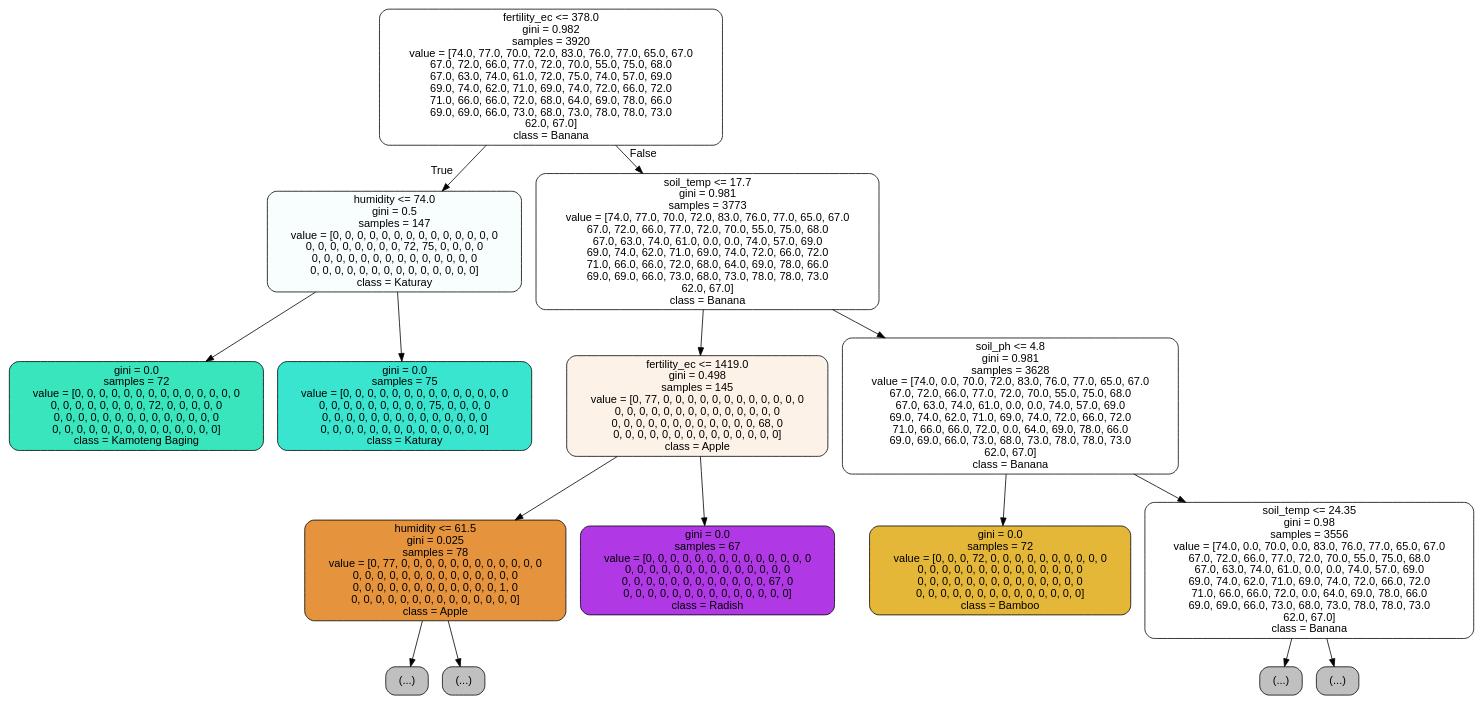
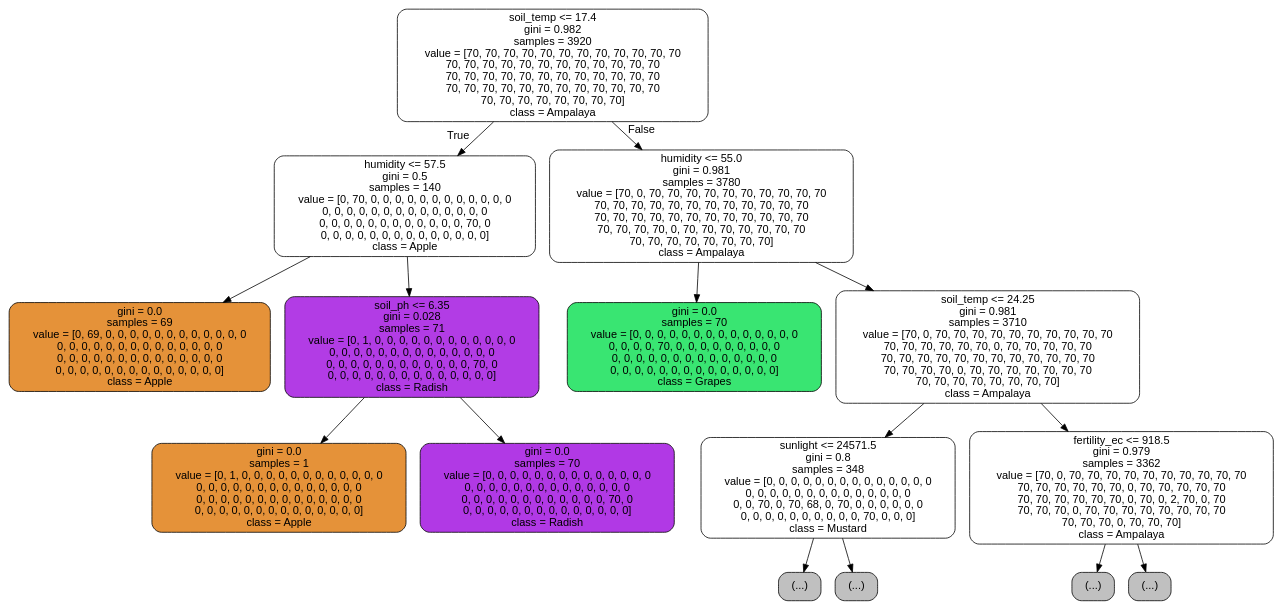
The diagram in precomputation/decision_tree.dot (CyrusUmali/AiCROP), drawn with Graphviz before and after one commit. The commit also changed 14 other files, not shown here.

```diff
--- a/precomputation/decision_tree.dot
+++ b/precomputation/decision_tree.dot
@@ -1,33 +1,33 @@
 digraph Tree {
 node [shape=box, style="filled, rounded", color="black", fontname="helvetica"] ;
 edge [fontname="helvetica"] ;
-0 [label="fertility_ec <= 378.0\ngini = 0.982\nsamples = 3920\nvalue = [74.0, 77.0, 70.0, 72.0, 83.0, 76.0, 77.0, 65.0, 67.0\n67.0, 72.0, 66.0, 77.0, 72.0, 70.0, 55.0, 75.0, 68.0\n67.0, 63.0, 74.0, 61.0, 72.0, 75.0, 74.0, 57.0, 69.0\n69.0, 74.0, 62.0, 71.0, 69.0, 74.0, 72.0, 66.0, 72.0\n71.0, 66.0, 66.0, 72.0, 68.0, 64.0, 69.0, 78.0, 66.0\n69.0, 69.0, 66.0, 73.0, 68.0, 73.0, 78.0, 78.0, 73.0\n62.0, 67.0]\nclass = Banana", fillcolor="#ffffff"] ;
-1 [label="humidity <= 74.0\ngini = 0.5\nsamples = 147\nvalue = [0, 0, 0, 0, 0, 0, 0, 0, 0, 0, 0, 0, 0, 0\n0, 0, 0, 0, 0, 0, 0, 0, 72, 75, 0, 0, 0, 0\n0, 0, 0, 0, 0, 0, 0, 0, 0, 0, 0, 0, 0, 0\n0, 0, 0, 0, 0, 0, 0, 0, 0, 0, 0, 0, 0, 0]\nclass = Katuray", fillcolor="#f7fefd"] ;
+0 [label="soil_temp <= 17.4\ngini = 0.982\nsamples = 3920\nvalue = [70, 70, 70, 70, 70, 70, 70, 70, 70, 70, 70, 70\n70, 70, 70, 70, 70, 70, 70, 70, 70, 70, 70, 70\n70, 70, 70, 70, 70, 70, 70, 70, 70, 70, 70, 70\n70, 70, 70, 70, 70, 70, 70, 70, 70, 70, 70, 70\n70, 70, 70, 70, 70, 70, 70, 70]\nclass = Ampalaya", fillcolor="#ffffff"] ;
+1 [label="humidity <= 57.5\ngini = 0.5\nsamples = 140\nvalue = [0, 70, 0, 0, 0, 0, 0, 0, 0, 0, 0, 0, 0, 0\n0, 0, 0, 0, 0, 0, 0, 0, 0, 0, 0, 0, 0, 0\n0, 0, 0, 0, 0, 0, 0, 0, 0, 0, 0, 0, 70, 0\n0, 0, 0, 0, 0, 0, 0, 0, 0, 0, 0, 0, 0, 0]\nclass = Apple", fillcolor="#ffffff"] ;
 0 -> 1 [labeldistance=2.5, labelangle=45, headlabel="True"] ;
-2 [label="gini = 0.0\nsamples = 72\nvalue = [0, 0, 0, 0, 0, 0, 0, 0, 0, 0, 0, 0, 0, 0\n0, 0, 0, 0, 0, 0, 0, 0, 72, 0, 0, 0, 0, 0\n0, 0, 0, 0, 0, 0, 0, 0, 0, 0, 0, 0, 0, 0\n0, 0, 0, 0, 0, 0, 0, 0, 0, 0, 0, 0, 0, 0]\nclass = Kamoteng Baging", fillcolor="#39e5bd"] ;
+2 [label="gini = 0.0\nsamples = 69\nvalue = [0, 69, 0, 0, 0, 0, 0, 0, 0, 0, 0, 0, 0, 0\n0, 0, 0, 0, 0, 0, 0, 0, 0, 0, 0, 0, 0, 0\n0, 0, 0, 0, 0, 0, 0, 0, 0, 0, 0, 0, 0, 0\n0, 0, 0, 0, 0, 0, 0, 0, 0, 0, 0, 0, 0, 0]\nclass = Apple", fillcolor="#e59239"] ;
 1 -> 2 ;
-3 [label="gini = 0.0\nsamples = 75\nvalue = [0, 0, 0, 0, 0, 0, 0, 0, 0, 0, 0, 0, 0, 0\n0, 0, 0, 0, 0, 0, 0, 0, 0, 75, 0, 0, 0, 0\n0, 0, 0, 0, 0, 0, 0, 0, 0, 0, 0, 0, 0, 0\n0, 0, 0, 0, 0, 0, 0, 0, 0, 0, 0, 0, 0, 0]\nclass = Katuray", fillcolor="#39e5ce"] ;
+3 [label="soil_ph <= 6.35\ngini = 0.028\nsamples = 71\nvalue = [0, 1, 0, 0, 0, 0, 0, 0, 0, 0, 0, 0, 0, 0\n0, 0, 0, 0, 0, 0, 0, 0, 0, 0, 0, 0, 0, 0\n0, 0, 0, 0, 0, 0, 0, 0, 0, 0, 0, 0, 70, 0\n0, 0, 0, 0, 0, 0, 0, 0, 0, 0, 0, 0, 0, 0]\nclass = Radish", fillcolor="#b23ce5"] ;
 1 -> 3 ;
-4 [label="soil_temp <= 17.7\ngini = 0.981\nsamples = 3773\nvalue = [74.0, 77.0, 70.0, 72.0, 83.0, 76.0, 77.0, 65.0, 67.0\n67.0, 72.0, 66.0, 77.0, 72.0, 70.0, 55.0, 75.0, 68.0\n67.0, 63.0, 74.0, 61.0, 0.0, 0.0, 74.0, 57.0, 69.0\n69.0, 74.0, 62.0, 71.0, 69.0, 74.0, 72.0, 66.0, 72.0\n71.0, 66.0, 66.0, 72.0, 68.0, 64.0, 69.0, 78.0, 66.0\n69.0, 69.0, 66.0, 73.0, 68.0, 73.0, 78.0, 78.0, 73.0\n62.0, 67.0]\nclass = Banana", fillcolor="#ffffff"] ;
-0 -> 4 [labeldistance=2.5, labelangle=-45, headlabel="False"] ;
-5 [label="fertility_ec <= 1419.0\ngini = 0.498\nsamples = 145\nvalue = [0, 77, 0, 0, 0, 0, 0, 0, 0, 0, 0, 0, 0, 0\n0, 0, 0, 0, 0, 0, 0, 0, 0, 0, 0, 0, 0, 0\n0, 0, 0, 0, 0, 0, 0, 0, 0, 0, 0, 0, 68, 0\n0, 0, 0, 0, 0, 0, 0, 0, 0, 0, 0, 0, 0, 0]\nclass = Apple", fillcolor="#fcf2e8"] ;
-4 -> 5 ;
-6 [label="humidity <= 61.5\ngini = 0.025\nsamples = 78\nvalue = [0, 77, 0, 0, 0, 0, 0, 0, 0, 0, 0, 0, 0, 0\n0, 0, 0, 0, 0, 0, 0, 0, 0, 0, 0, 0, 0, 0\n0, 0, 0, 0, 0, 0, 0, 0, 0, 0, 0, 0, 1, 0\n0, 0, 0, 0, 0, 0, 0, 0, 0, 0, 0, 0, 0, 0]\nclass = Apple", fillcolor="#e5933c"] ;
-5 -> 6 ;
-7 [label="(...)", fillcolor="#C0C0C0"] ;
+4 [label="gini = 0.0\nsamples = 1\nvalue = [0, 1, 0, 0, 0, 0, 0, 0, 0, 0, 0, 0, 0, 0\n0, 0, 0, 0, 0, 0, 0, 0, 0, 0, 0, 0, 0, 0\n0, 0, 0, 0, 0, 0, 0, 0, 0, 0, 0, 0, 0, 0\n0, 0, 0, 0, 0, 0, 0, 0, 0, 0, 0, 0, 0, 0]\nclass = Apple", fillcolor="#e59239"] ;
+3 -> 4 ;
+5 [label="gini = 0.0\nsamples = 70\nvalue = [0, 0, 0, 0, 0, 0, 0, 0, 0, 0, 0, 0, 0, 0\n0, 0, 0, 0, 0, 0, 0, 0, 0, 0, 0, 0, 0, 0\n0, 0, 0, 0, 0, 0, 0, 0, 0, 0, 0, 0, 70, 0\n0, 0, 0, 0, 0, 0, 0, 0, 0, 0, 0, 0, 0, 0]\nclass = Radish", fillcolor="#b139e5"] ;
+3 -> 5 ;
+6 [label="humidity <= 55.0\ngini = 0.981\nsamples = 3780\nvalue = [70, 0, 70, 70, 70, 70, 70, 70, 70, 70, 70, 70\n70, 70, 70, 70, 70, 70, 70, 70, 70, 70, 70, 70\n70, 70, 70, 70, 70, 70, 70, 70, 70, 70, 70, 70\n70, 70, 70, 70, 0, 70, 70, 70, 70, 70, 70, 70\n70, 70, 70, 70, 70, 70, 70, 70]\nclass = Ampalaya", fillcolor="#ffffff"] ;
+0 -> 6 [labeldistance=2.5, labelangle=-45, headlabel="False"] ;
+7 [label="gini = 0.0\nsamples = 70\nvalue = [0, 0, 0, 0, 0, 0, 0, 0, 0, 0, 0, 0, 0, 0\n0, 0, 0, 0, 70, 0, 0, 0, 0, 0, 0, 0, 0, 0\n0, 0, 0, 0, 0, 0, 0, 0, 0, 0, 0, 0, 0, 0\n0, 0, 0, 0, 0, 0, 0, 0, 0, 0, 0, 0, 0, 0]\nclass = Grapes", fillcolor="#39e572"] ;
 6 -> 7 ;
-8 [label="(...)", fillcolor="#C0C0C0"] ;
+8 [label="soil_temp <= 24.25\ngini = 0.981\nsamples = 3710\nvalue = [70, 0, 70, 70, 70, 70, 70, 70, 70, 70, 70, 70\n70, 70, 70, 70, 70, 70, 0, 70, 70, 70, 70, 70\n70, 70, 70, 70, 70, 70, 70, 70, 70, 70, 70, 70\n70, 70, 70, 70, 0, 70, 70, 70, 70, 70, 70, 70\n70, 70, 70, 70, 70, 70, 70, 70]\nclass = Ampalaya", fillcolor="#ffffff"] ;
 6 -> 8 ;
-9 [label="gini = 0.0\nsamples = 67\nvalue = [0, 0, 0, 0, 0, 0, 0, 0, 0, 0, 0, 0, 0, 0\n0, 0, 0, 0, 0, 0, 0, 0, 0, 0, 0, 0, 0, 0\n0, 0, 0, 0, 0, 0, 0, 0, 0, 0, 0, 0, 67, 0\n0, 0, 0, 0, 0, 0, 0, 0, 0, 0, 0, 0, 0, 0]\nclass = Radish", fillcolor="#b139e5"] ;
-5 -> 9 ;
-10 [label="soil_ph <= 4.8\ngini = 0.981\nsamples = 3628\nvalue = [74.0, 0.0, 70.0, 72.0, 83.0, 76.0, 77.0, 65.0, 67.0\n67.0, 72.0, 66.0, 77.0, 72.0, 70.0, 55.0, 75.0, 68.0\n67.0, 63.0, 74.0, 61.0, 0.0, 0.0, 74.0, 57.0, 69.0\n69.0, 74.0, 62.0, 71.0, 69.0, 74.0, 72.0, 66.0, 72.0\n71.0, 66.0, 66.0, 72.0, 0.0, 64.0, 69.0, 78.0, 66.0\n69.0, 69.0, 66.0, 73.0, 68.0, 73.0, 78.0, 78.0, 73.0\n62.0, 67.0]\nclass = Banana", fillcolor="#ffffff"] ;
-4 -> 10 ;
-11 [label="gini = 0.0\nsamples = 72\nvalue = [0, 0, 0, 72, 0, 0, 0, 0, 0, 0, 0, 0, 0, 0\n0, 0, 0, 0, 0, 0, 0, 0, 0, 0, 0, 0, 0, 0\n0, 0, 0, 0, 0, 0, 0, 0, 0, 0, 0, 0, 0, 0\n0, 0, 0, 0, 0, 0, 0, 0, 0, 0, 0, 0, 0, 0]\nclass = Bamboo", fillcolor="#e5b739"] ;
-10 -> 11 ;
-12 [label="soil_temp <= 24.35\ngini = 0.98\nsamples = 3556\nvalue = [74.0, 0.0, 70.0, 0.0, 83.0, 76.0, 77.0, 65.0, 67.0\n67.0, 72.0, 66.0, 77.0, 72.0, 70.0, 55.0, 75.0, 68.0\n67.0, 63.0, 74.0, 61.0, 0.0, 0.0, 74.0, 57.0, 69.0\n69.0, 74.0, 62.0, 71.0, 69.0, 74.0, 72.0, 66.0, 72.0\n71.0, 66.0, 66.0, 72.0, 0.0, 64.0, 69.0, 78.0, 66.0\n69.0, 69.0, 66.0, 73.0, 68.0, 73.0, 78.0, 78.0, 73.0\n62.0, 67.0]\nclass = Banana", fillcolor="#ffffff"] ;
-10 -> 12 ;
-13 [label="(...)", fillcolor="#C0C0C0"] ;
-12 -> 13 ;
-30 [label="(...)", fillcolor="#C0C0C0"] ;
-12 -> 30 ;
+9 [label="sunlight <= 24571.5\ngini = 0.8\nsamples = 348\nvalue = [0, 0, 0, 0, 0, 0, 0, 0, 0, 0, 0, 0, 0, 0\n0, 0, 0, 0, 0, 0, 0, 0, 0, 0, 0, 0, 0, 0\n0, 0, 70, 0, 70, 68, 0, 70, 0, 0, 0, 0, 0, 0\n0, 0, 0, 0, 0, 0, 0, 0, 0, 0, 70, 0, 0, 0]\nclass = Mustard", fillcolor="#ffffff"] ;
+8 -> 9 ;
+10 [label="(...)", fillcolor="#C0C0C0"] ;
+9 -> 10 ;
+11 [label="(...)", fillcolor="#C0C0C0"] ;
+9 -> 11 ;
+24 [label="fertility_ec <= 918.5\ngini = 0.979\nsamples = 3362\nvalue = [70, 0, 70, 70, 70, 70, 70, 70, 70, 70, 70, 70\n70, 70, 70, 70, 70, 70, 0, 70, 70, 70, 70, 70\n70, 70, 70, 70, 70, 70, 0, 70, 0, 2, 70, 0, 70\n70, 70, 70, 0, 70, 70, 70, 70, 70, 70, 70, 70\n70, 70, 70, 0, 70, 70, 70]\nclass = Ampalaya", fillcolor="#ffffff"] ;
+8 -> 24 ;
+25 [label="(...)", fillcolor="#C0C0C0"] ;
+24 -> 25 ;
+1450 [label="(...)", fillcolor="#C0C0C0"] ;
+24 -> 1450 ;
 }
```
